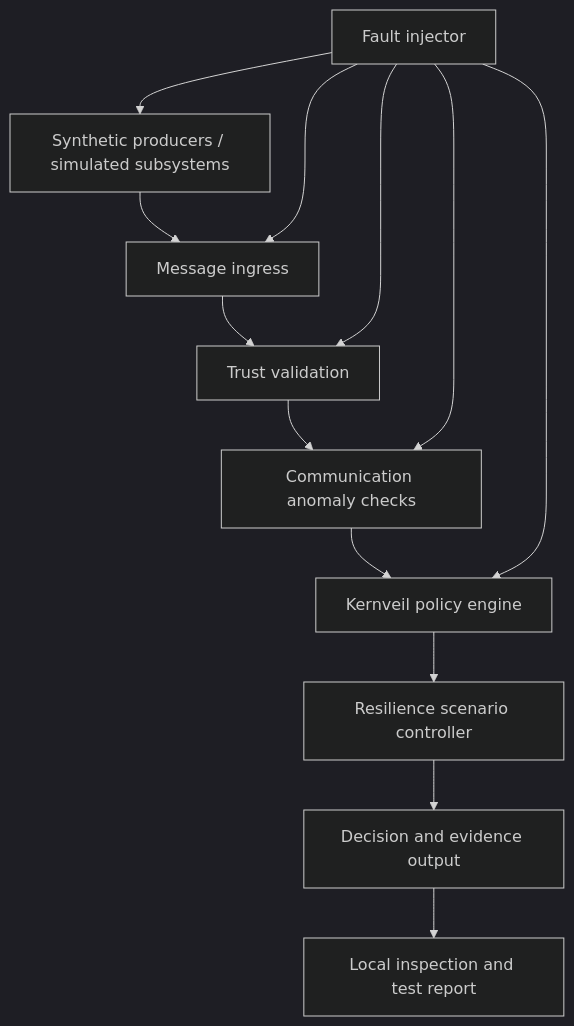
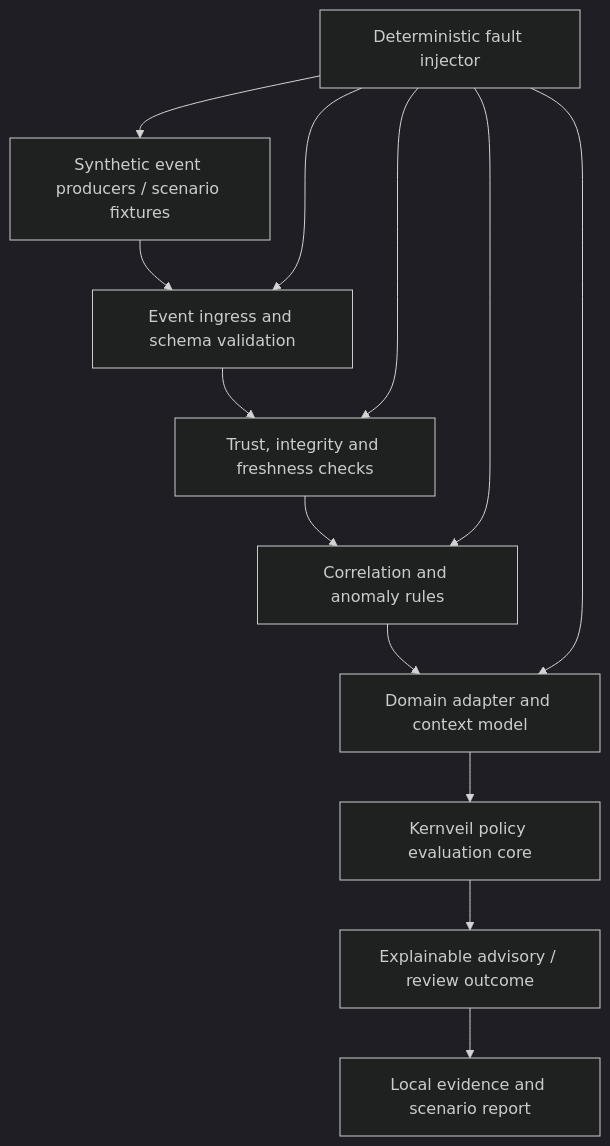
The diagram in docs/resilience-lab.md (silvatechf/interlock-safety-operations), drawn with Mermaid (dark theme) before and after one commit. The commit also changed other lines of this file, not shown here.

Commit message:
docs: broaden Kernveil resilience scope across transport domains

````diff
--- a/docs/resilience-lab.md
+++ b/docs/resilience-lab.md
@@ -21,15 +36,15 @@
 ```mermaid
 flowchart TD
-    A["Synthetic producers / simulated subsystems"] --> B["Message ingress"]
-    B --> C["Trust validation"]
-    C --> D["Communication anomaly checks"]
-    D --> E["Kernveil policy engine"]
-    E --> F["Resilience scenario controller"]
-    F --> G["Decision and evidence output"]
-    G --> H["Local inspection and test report"]
-    I["Fault injector"] --> A
-    I --> B
-    I --> C
-    I --> D
-    I --> E
+    A["Synthetic event producers / scenario fixtures"] --> B["Event ingress and schema validation"]
+    B --> C["Trust, integrity and freshness checks"]
+    C --> D["Correlation and anomaly rules"]
+    D --> E["Domain adapter and context model"]
+    E --> F["Kernveil policy evaluation core"]
+    G["Deterministic fault injector"] --> A
+    G --> B
+    G --> C
+    G --> D
+    G --> E
+    F --> H["Explainable advisory / review outcome"]
+    H --> I["Local evidence and scenario report"]
 ```
````
